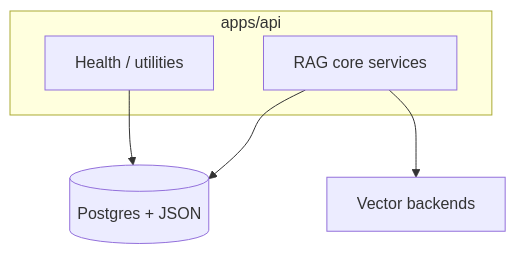
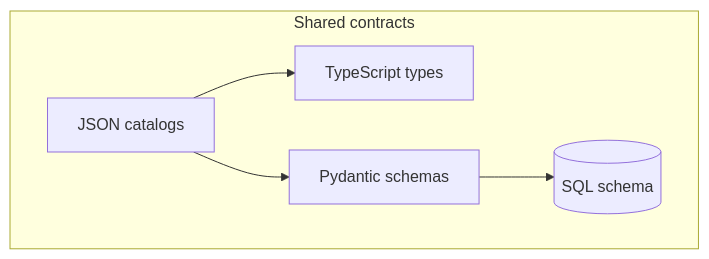
The second of 10 diagrams in internal/PROJECT_SYSTEM_DESIGN_EVOLUTION.md (anulsasidharan/RAG_Studio_Documents), drawn with Mermaid before and after one commit. The commit also changed other lines of this file and 3 other files, not shown here.

````diff
--- a/internal/PROJECT_SYSTEM_DESIGN_EVOLUTION.md
+++ b/internal/PROJECT_SYSTEM_DESIGN_EVOLUTION.md
@@ -32,11 +38,12 @@
 ```mermaid
 flowchart TB
-  subgraph api [apps/api]
-    H[Health / utilities]
-    Svc[RAG core services]
+  subgraph Contracts["Shared contracts"]
+    CAT[JSON catalogs]
+    TS[TypeScript types]
+    PY[Pydantic schemas]
+    DB[(SQL schema)]
   end
-  DB[(Postgres + JSON)]
-  H --> DB
-  Svc --> DB
-  Svc --> VS[Vector backends]
+  CAT --> TS
+  CAT --> PY
+  PY --> DB
 ```
````
